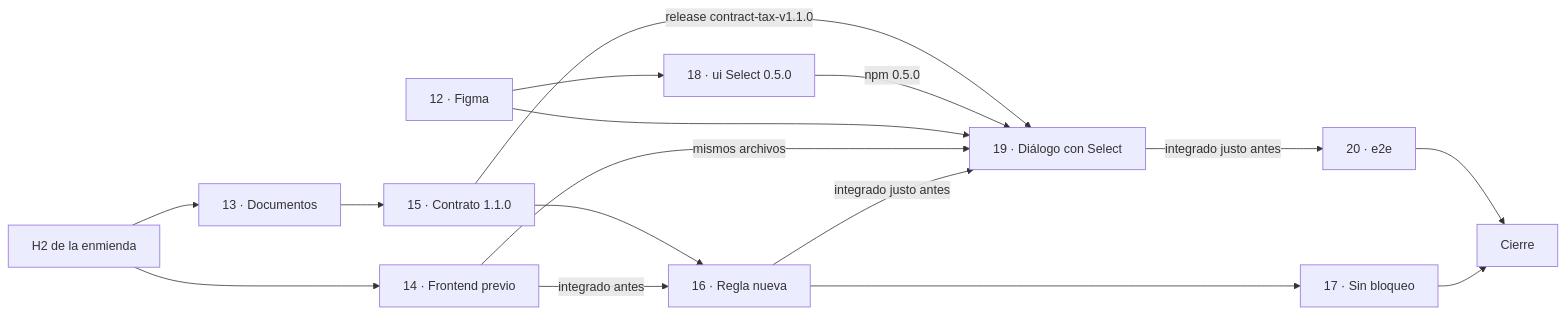
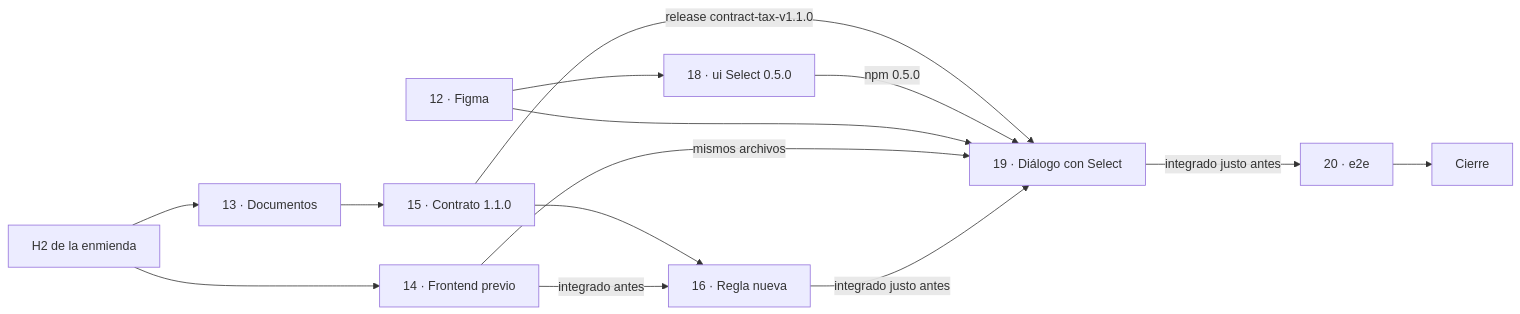
Before and after one commit to jorgearaujoSap/liv: the second of 2 diagrams in spec/features/007-vigencias-fiscales/plan.md, drawn with Mermaid. The commit also changed other lines of this file and 1 other file, not shown here.

````diff
--- a/spec/features/007-vigencias-fiscales/plan.md
+++ b/spec/features/007-vigencias-fiscales/plan.md
@@ -1045,18 +1042,16 @@
 ```mermaid
 flowchart LR
   H2E4[H2 de la enmienda] --> P13[13 · Documentos]
   H2E4 --> P14[14 · Frontend previo]
   P12[12 · Figma] --> P18[18 · ui Select 0.5.0]
   P13 --> P15[15 · Contrato 1.1.0]
   P15 --> P16[16 · Regla nueva]
   P14 -->|integrado antes| P16
-  P16 --> P17[17 · Sin bloqueo]
   P15 -->|release contract-tax-v1.1.0| P19[19 · Diálogo con Select]
   P18 -->|npm 0.5.0| P19
   P12 --> P19
   P14 -->|mismos archivos| P19
   P16 -->|integrado justo antes| P19
   P19 -->|integrado justo antes| P20[20 · e2e]
   P20 --> C[Cierre]
-  P17 --> C
 ```
````
